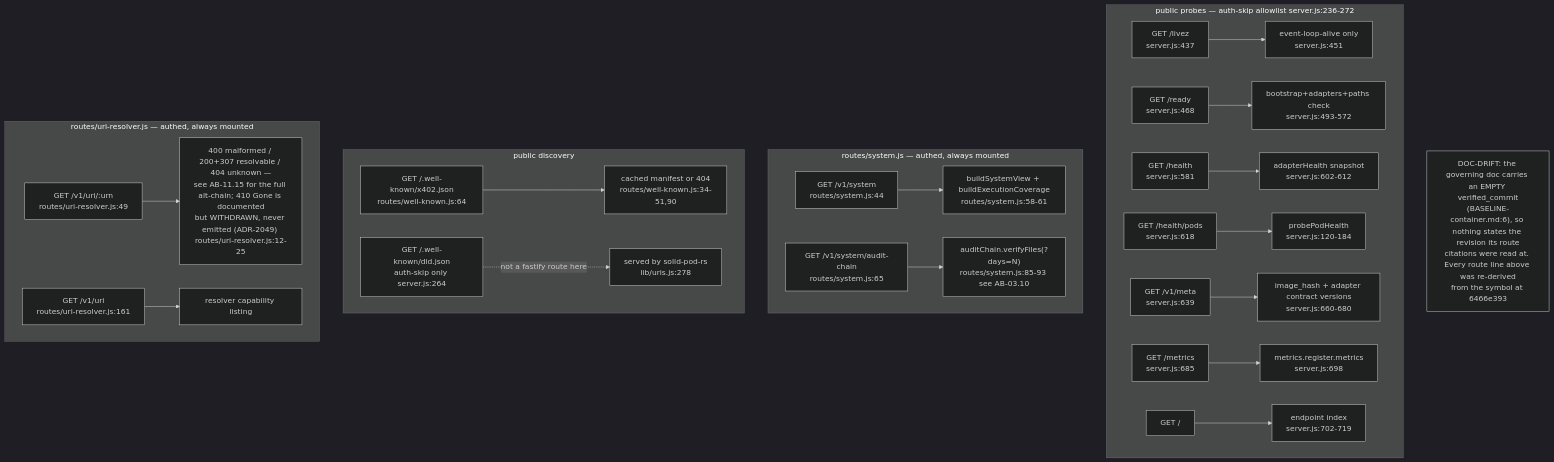
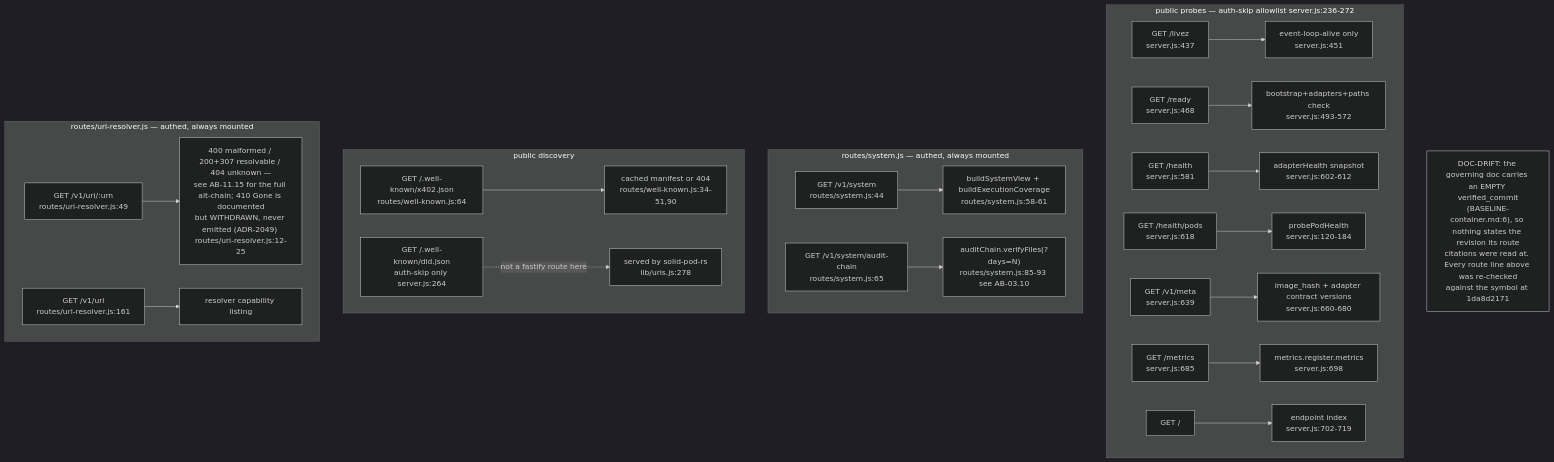
Before and after one commit to DreamLab-AI/VisionFlow: the sixth of 17 diagrams in docs/diagrams/agentbox/03-management-api-request-lifecycle.md, drawn with Mermaid (dark theme). The commit also changed other lines of this file and 160 other files, not shown here.

````diff
--- a/docs/diagrams/agentbox/03-management-api-request-lifecycle.md
+++ b/docs/diagrams/agentbox/03-management-api-request-lifecycle.md
@@ -274,25 +274,25 @@
 ```mermaid
 flowchart TD
     subgraph probes["public probes — auth-skip allowlist server.js:236-272"]
         A1["GET /livez<br/>server.js:437"] --> H1["event-loop-alive only<br/>server.js:451"]
         A2["GET /ready<br/>server.js:468"] --> H2["bootstrap+adapters+paths check<br/>server.js:493-572"]
         A3["GET /health<br/>server.js:581"] --> H3["adapterHealth snapshot<br/>server.js:602-612"]
         A4["GET /health/pods<br/>server.js:618"] --> H4["probePodHealth<br/>server.js:120-184"]
         A5["GET /v1/meta<br/>server.js:639"] --> H5["image_hash + adapter contract versions<br/>server.js:660-680"]
         A6["GET /metrics<br/>server.js:685"] --> H6["metrics.register.metrics<br/>server.js:698"]
         A7["GET /"] --> H7["endpoint index<br/>server.js:702-719"]
     end
     subgraph sysroutes["routes/system.js — authed, always mounted"]
         B1["GET /v1/system<br/>routes/system.js:44"] --> HB1["buildSystemView + buildExecutionCoverage<br/>routes/system.js:58-61"]
         B2["GET /v1/system/audit-chain<br/>routes/system.js:65"] --> HB2["auditChain.verifyFiles(?days=N)<br/>routes/system.js:85-93 see AB-03.10"]
     end
     subgraph wellknown["public discovery"]
         C1["GET /.well-known/x402.json<br/>routes/well-known.js:64"] --> HC1["cached manifest or 404<br/>routes/well-known.js:34-51,90"]
         C2["GET /.well-known/did.json<br/>auth-skip only server.js:264"] -.->|"not a fastify route here"| HC2["served by solid-pod-rs<br/>lib/uris.js:278"]
     end
     subgraph uri["routes/uri-resolver.js — authed, always mounted"]
         D1["GET /v1/uri/:urn<br/>routes/uri-resolver.js:49"] --> HD1["400 malformed / 200+307 resolvable / 404 unknown —<br/>see AB-11.15 for the full alt-chain; 410 Gone is documented<br/>but WITHDRAWN, never emitted (ADR-2049) routes/uri-resolver.js:12-25"]
         D2["GET /v1/uri<br/>routes/uri-resolver.js:161"] --> HD2["resolver capability listing"]
     end
-    Note1["DOC-DRIFT: the governing doc carries an EMPTY verified_commit<br/>(BASELINE-container.md:6), so nothing states the revision its route<br/>citations were read at. Every route line above was re-derived<br/>from the symbol at 6466e393"]
+    Note1["DOC-DRIFT: the governing doc carries an EMPTY verified_commit<br/>(BASELINE-container.md:6), so nothing states the revision its route<br/>citations were read at. Every route line above was re-checked<br/>against the symbol at 1da8d2171"]
 ```
````
